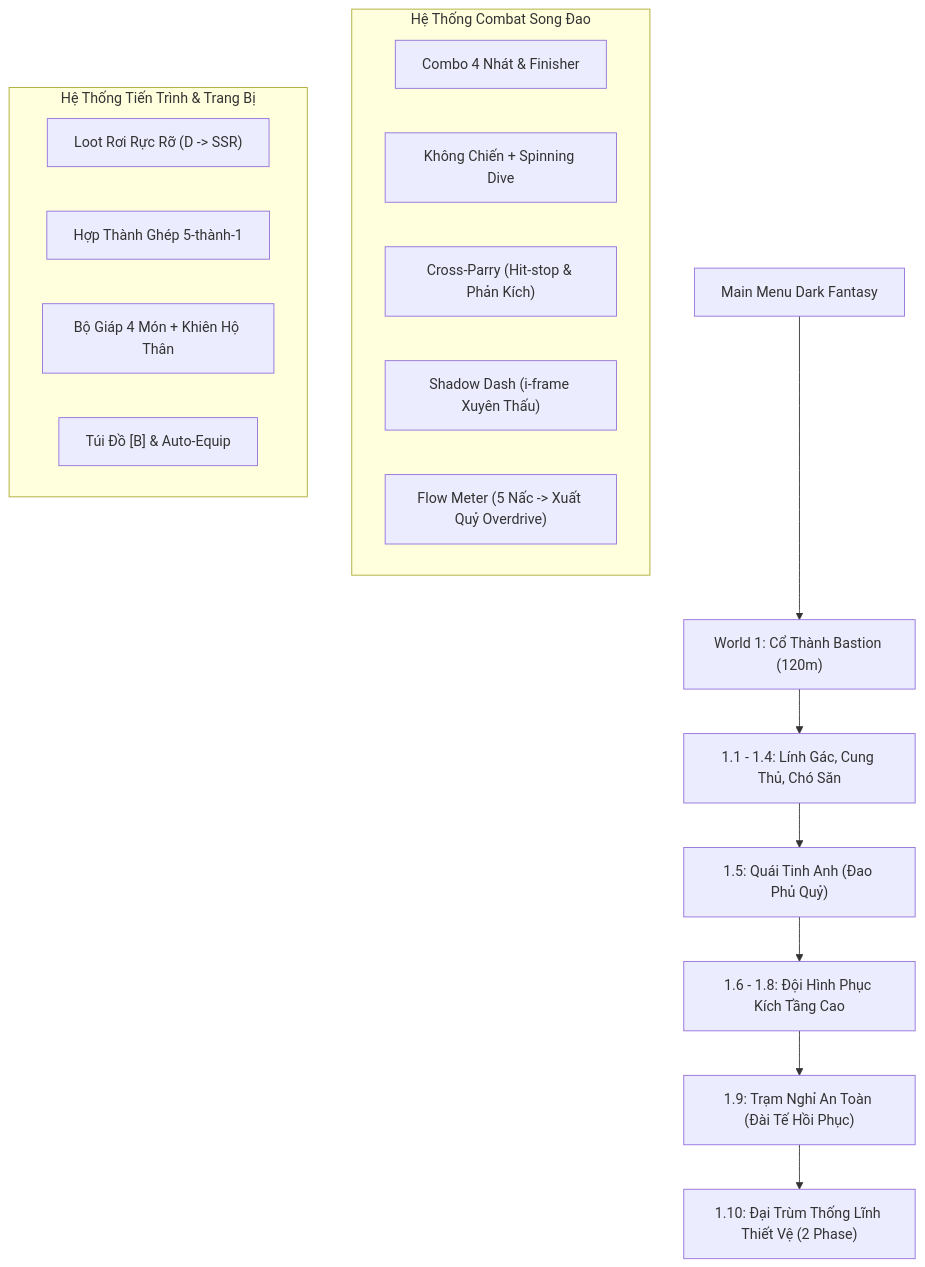
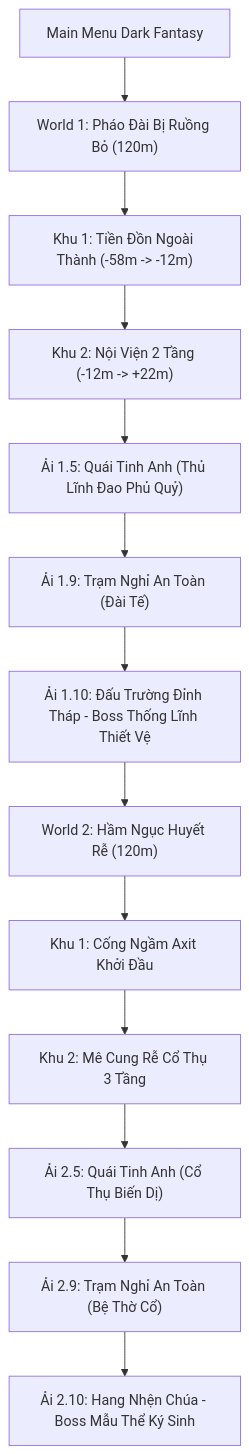
One commit to FregD156/Project-Dual-Blade changed the diagram in PROJECT_OVERVIEW.md. Above: the diagram before and after it, drawn with Mermaid. The commit also changed other lines of this file, not shown here.

Commit message:
docs: update PROJECT_OVERVIEW.md with complete World 1 & 2 documentation, audio/VFX systems, and launcher presets

````diff
--- a/PROJECT_OVERVIEW.md
+++ b/PROJECT_OVERVIEW.md
@@ -64,24 +77,15 @@
 ```mermaid
 flowchart TD
-    Menu["Main Menu Dark Fantasy"] --> Bastion["World 1: Cổ Thành Bastion (120m)"]
-    Bastion --> P1["1.1 - 1.4: Lính Gác, Cung Thủ, Chó Săn"]
-    P1 --> Elite["1.5: Quái Tinh Anh (Đao Phủ Quỷ)"]
-    Elite --> P2["1.6 - 1.8: Đội Hình Phục Kích Tầng Cao"]
-    P2 --> Safe["1.9: Trạm Nghỉ An Toàn (Đài Tế Hồi Phục)"]
-    Safe --> Boss["1.10: Đại Trùm Thống Lĩnh Thiết Vệ (2 Phase)"]
-    
-    subgraph CombatSystem ["Hệ Thống Combat Song Đao"]
-        Combo["Combo 4 Nhát & Finisher"]
-        Air["Không Chiến + Spinning Dive"]
-        Parry["Cross-Parry (Hit-stop & Phản Kích)"]
-        Dash["Shadow Dash (i-frame Xuyên Thấu)"]
-        Flow["Flow Meter (5 Nấc -> Xuất Quỷ Overdrive)"]
-    end
-    
-    subgraph ProgressionSystem ["Hệ Thống Tiến Trình & Trang Bị"]
-        Loot["Loot Rơi Rực Rỡ (D -> SSR)"]
-        Merge["Hợp Thành Ghép 5-thành-1"]
-        Armor["Bộ Giáp 4 Món + Khiên Hộ Thân"]
-        Bag["Túi Đồ [B] & Auto-Equip"]
-    end
+    Menu["Main Menu Dark Fantasy"] --> Bastion["World 1: Pháo Đài Bị Ruồng Bỏ (120m)"]
+    Bastion --> W1P1["Khu 1: Tiền Đồn Ngoài Thành (-58m -> -12m)"]
+    W1P1 --> W1P2["Khu 2: Nội Viện 2 Tầng (-12m -> +22m)"]
+    W1P2 --> W1Elite["Ải 1.5: Quái Tinh Anh (Thủ Lĩnh Đao Phủ Quỷ)"]
+    W1Elite --> W1Safe["Ải 1.9: Trạm Nghỉ An Toàn (Đài Tế)"]
+    W1Safe --> W1Boss["Ải 1.10: Đấu Trường Đỉnh Tháp - Boss Thống Lĩnh Thiết Vệ"]
+    W1Boss --> Catacombs["World 2: Hầm Ngục Huyết Rễ (120m)"]
+    Catacombs --> W2P1["Khu 1: Cống Ngầm Axit Khởi Đầu"]
+    W2P1 --> W2P2["Khu 2: Mê Cung Rễ Cổ Thụ 3 Tầng"]
+    W2P2 --> W2Elite["Ải 2.5: Quái Tinh Anh (Cổ Thụ Biến Dị)"]
+    W2Elite --> W2Safe["Ải 2.9: Trạm Nghỉ An Toàn (Bệ Thờ Cổ)"]
+    W2Safe --> W2Boss["Ải 2.10: Hang Nhện Chúa - Boss Mẫu Thể Ký Sinh"]
 ```
````
